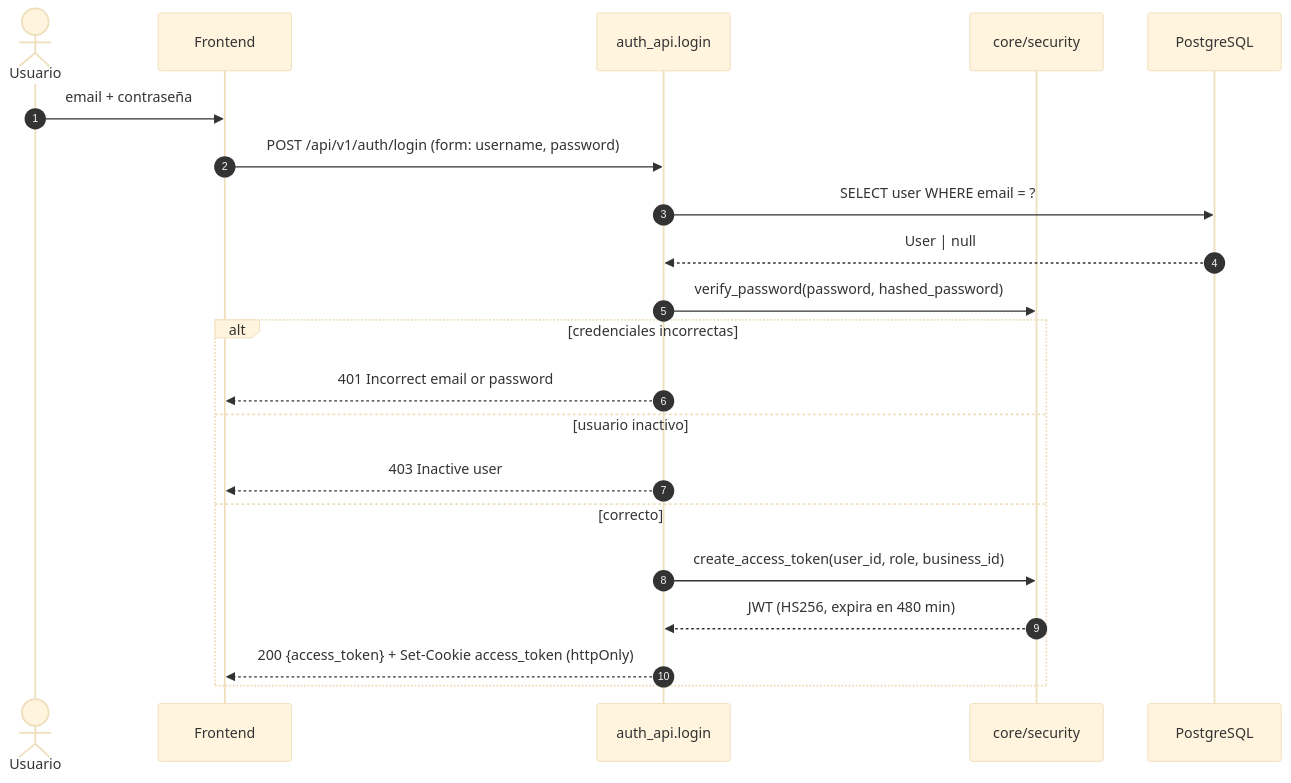
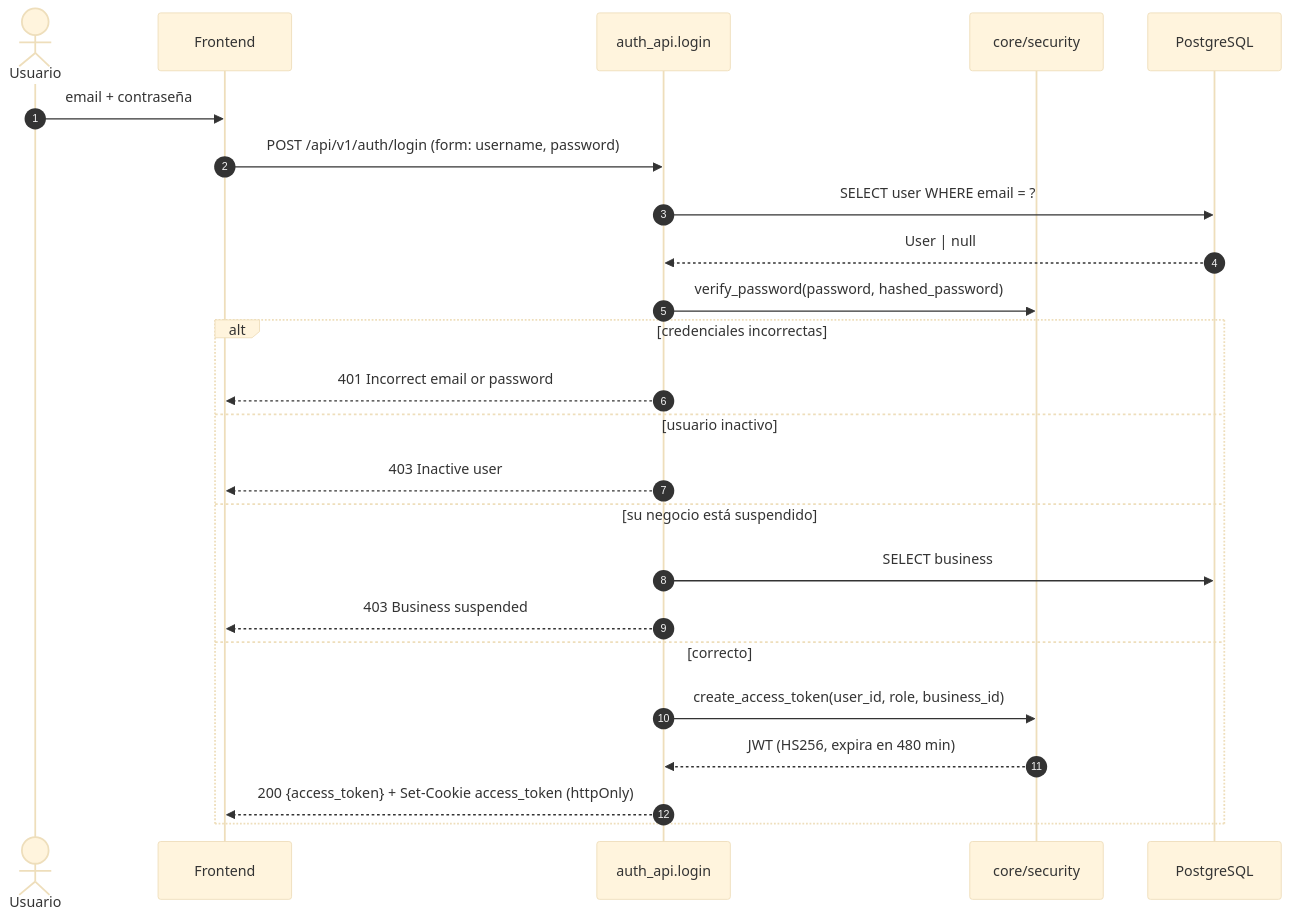
The seventh of 11 diagrams in docs/ARCHITECTURE.md (AGA-Studio/Member-Web), drawn with Mermaid (base theme) before and after one commit. The commit also changed other lines of this file, not shown here.

````diff
--- a/docs/ARCHITECTURE.md
+++ b/docs/ARCHITECTURE.md
@@ -156,24 +168,27 @@
 ```mermaid
 sequenceDiagram
     autonumber
     actor U as Usuario
     participant FE as Frontend
     participant API as auth_api.login
     participant SEC as core/security
     participant DB as PostgreSQL
 
     U->>FE: email + contraseña
     FE->>API: POST /api/v1/auth/login (form: username, password)
     API->>DB: SELECT user WHERE email = ?
     DB-->>API: User | null
     API->>SEC: verify_password(password, hashed_password)
     alt credenciales incorrectas
         API-->>FE: 401 Incorrect email or password
     else usuario inactivo
         API-->>FE: 403 Inactive user
+    else su negocio está suspendido
+        API->>DB: SELECT business
+        API-->>FE: 403 Business suspended
     else correcto
         API->>SEC: create_access_token(user_id, role, business_id)
         SEC-->>API: JWT (HS256, expira en 480 min)
         API-->>FE: 200 {access_token} + Set-Cookie access_token (httpOnly)
     end
 ```
````
